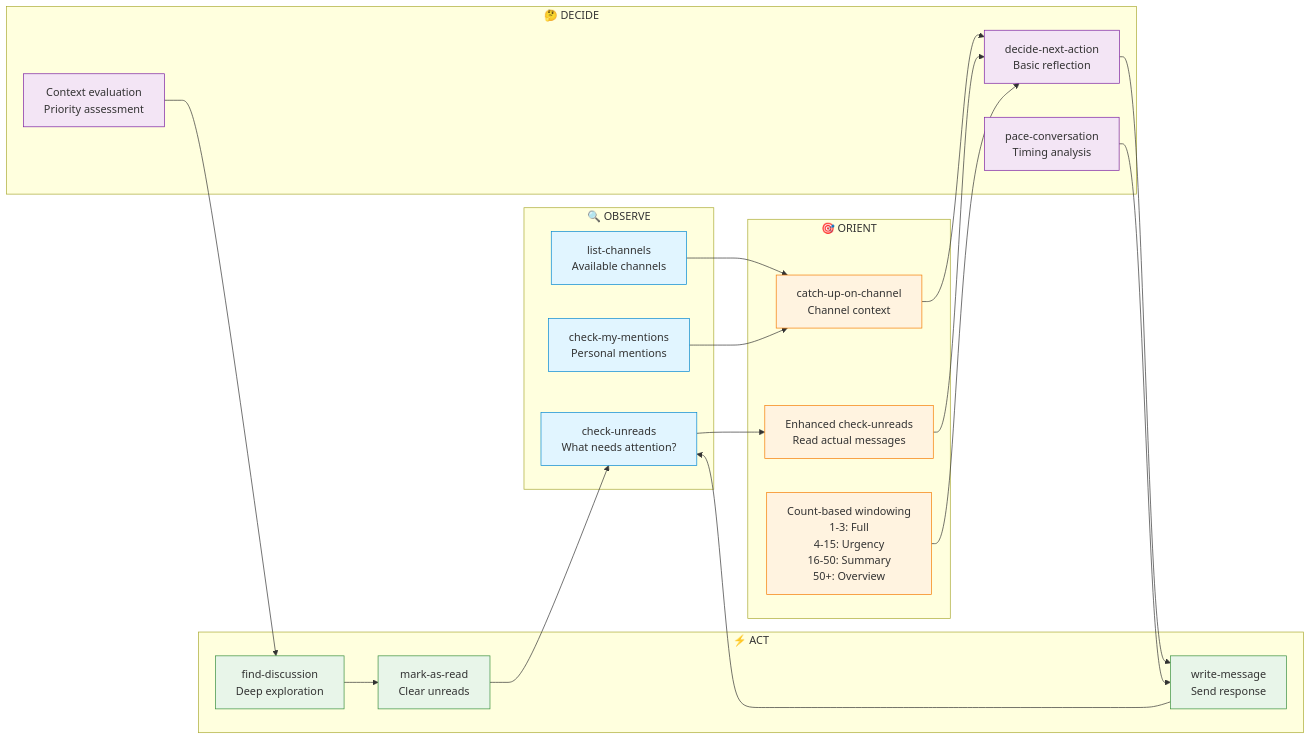
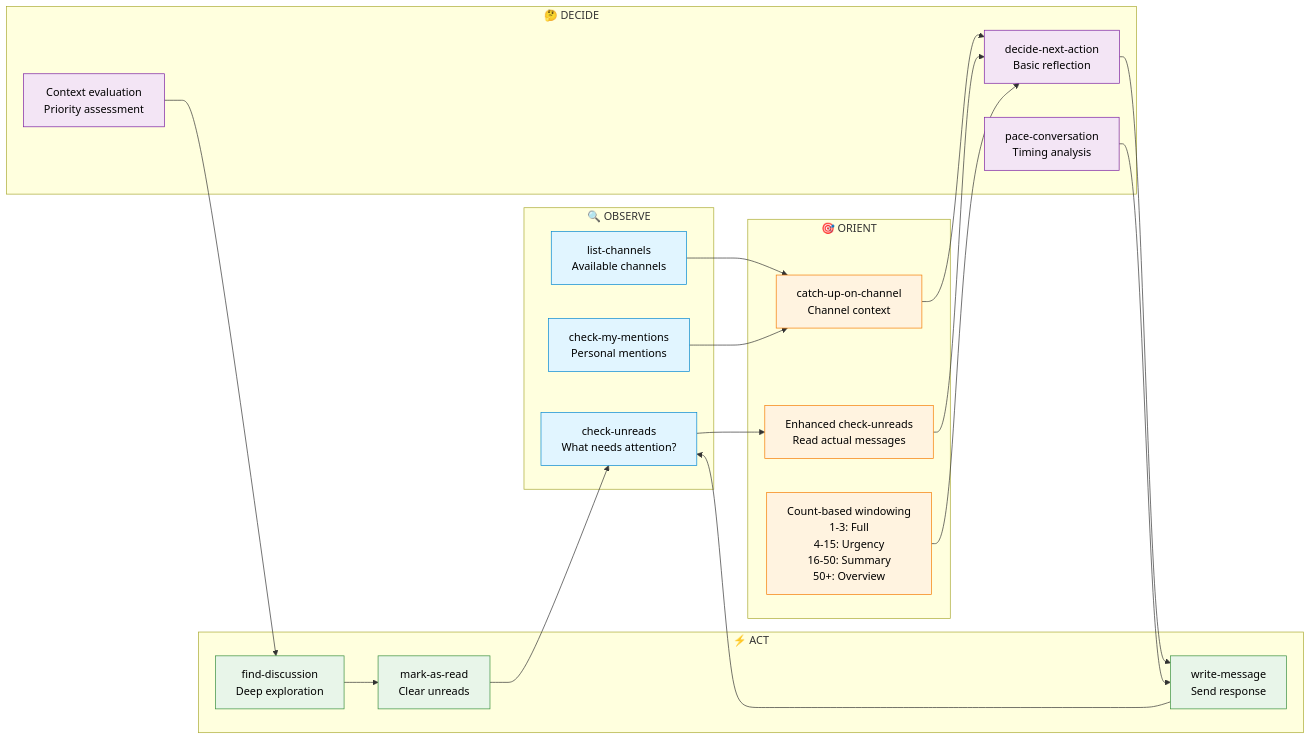
The second of 6 diagrams in docs/ooda-loop-workflow.md (aaronsb/slack-mcp), drawn with Mermaid before and after one commit. The commit also changed other lines of this file, not shown here.

Commit message:
fix: Add high contrast text colors to Mermaid diagrams
- Add color:#000 to all styled nodes for black text
- Ensures readability in both light and dark modes
- Fixes issue where pink decision diamond had unreadable gray text

````diff
--- a/docs/ooda-loop-workflow.md
+++ b/docs/ooda-loop-workflow.md
@@ -44,52 +44,52 @@
 ```mermaid
 graph LR
     subgraph "🔍 OBSERVE"
         O1[check-unreads<br/>What needs attention?]
         O2[list-channels<br/>Available channels]
         O3[check-my-mentions<br/>Personal mentions]
     end
     
     subgraph "🎯 ORIENT"
         OR1[catch-up-on-channel<br/>Channel context]
         OR2[Enhanced check-unreads<br/>Read actual messages]
         OR3[Count-based windowing<br/>1-3: Full<br/>4-15: Urgency<br/>16-50: Summary<br/>50+: Overview]
     end
     
     subgraph "🤔 DECIDE"
         D1[decide-next-action<br/>Basic reflection]
         D2[pace-conversation<br/>Timing analysis]
         D3[Context evaluation<br/>Priority assessment]
     end
     
     subgraph "⚡ ACT"
         A1[write-message<br/>Send response]
         A2[find-discussion<br/>Deep exploration]
         A3[mark-as-read<br/>Clear unreads]
     end
     
     O1 --> OR2
     O2 --> OR1
     O3 --> OR1
     OR1 --> D1
     OR2 --> D1
     OR3 --> D1
     D1 --> A1
     D2 --> A1
     D3 --> A2
     A1 --> O1
     A2 --> A3
     A3 --> O1
     
-    style O1 fill:#e1f5ff,stroke:#0288d1
-    style O2 fill:#e1f5ff,stroke:#0288d1
-    style O3 fill:#e1f5ff,stroke:#0288d1
-    style OR1 fill:#fff3e0,stroke:#f57c00
-    style OR2 fill:#fff3e0,stroke:#f57c00
-    style OR3 fill:#fff3e0,stroke:#f57c00
-    style D1 fill:#f3e5f5,stroke:#7b1fa2
-    style D2 fill:#f3e5f5,stroke:#7b1fa2
-    style D3 fill:#f3e5f5,stroke:#7b1fa2
-    style A1 fill:#e8f5e9,stroke:#388e3c
-    style A2 fill:#e8f5e9,stroke:#388e3c
-    style A3 fill:#e8f5e9,stroke:#388e3c
+    style O1 fill:#e1f5ff,stroke:#0288d1,color:#000
+    style O2 fill:#e1f5ff,stroke:#0288d1,color:#000
+    style O3 fill:#e1f5ff,stroke:#0288d1,color:#000
+    style OR1 fill:#fff3e0,stroke:#f57c00,color:#000
+    style OR2 fill:#fff3e0,stroke:#f57c00,color:#000
+    style OR3 fill:#fff3e0,stroke:#f57c00,color:#000
+    style D1 fill:#f3e5f5,stroke:#7b1fa2,color:#000
+    style D2 fill:#f3e5f5,stroke:#7b1fa2,color:#000
+    style D3 fill:#f3e5f5,stroke:#7b1fa2,color:#000
+    style A1 fill:#e8f5e9,stroke:#388e3c,color:#000
+    style A2 fill:#e8f5e9,stroke:#388e3c,color:#000
+    style A3 fill:#e8f5e9,stroke:#388e3c,color:#000
 ```
````
